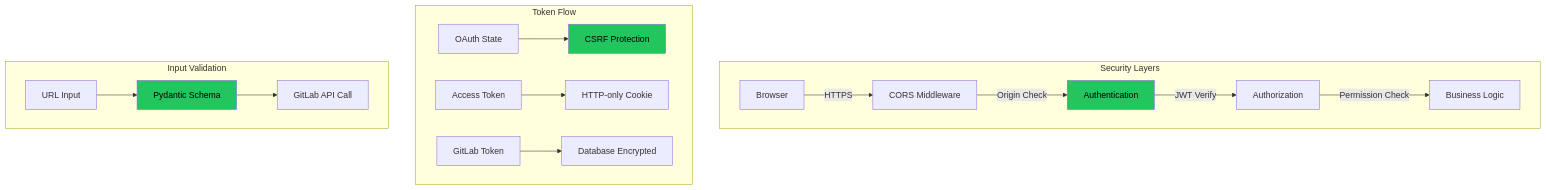
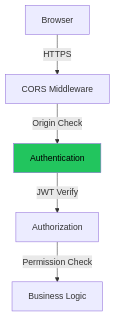
One commit to spken/delta changed the fifth of 9 diagrams in ARCHITECTURE.md. Above: the diagram before and after it, drawn with Mermaid. The commit also changed other lines of this file and 1 other file, not shown here.

Commit message:
refactor: Update architecture documentation for frontend and security components

````diff
--- a/ARCHITECTURE.md
+++ b/ARCHITECTURE.md
@@ -150,24 +158,9 @@
 ```mermaid
 graph TD
-    subgraph "Security Layers"
-        A[Browser] -->|HTTPS| B[CORS Middleware]
-        B -->|Origin Check| C[Authentication]
-        C -->|JWT Verify| D[Authorization]
-        D -->|Permission Check| E[Business Logic]
-    end
-
-    subgraph "Token Flow"
-        F[OAuth State] --> G[CSRF Protection]
-        H[Access Token] --> I[HTTP-only Cookie]
-        J[GitLab Token] --> K[Database Encrypted]
-    end
-
-    subgraph "Input Validation"
-        L[URL Input] --> M[Pydantic Schema]
-        M --> N[GitLab API Call]
-    end
+    A[Browser] -->|HTTPS| B[CORS Middleware]
+    B -->|Origin Check| C[Authentication]
+    C -->|JWT Verify| D[Authorization]
+    D -->|Permission Check| E[Business Logic]
 
     style C fill:#22c55e,color:#000
-    style G fill:#22c55e,color:#000
-    style M fill:#22c55e,color:#000
 ```
````
